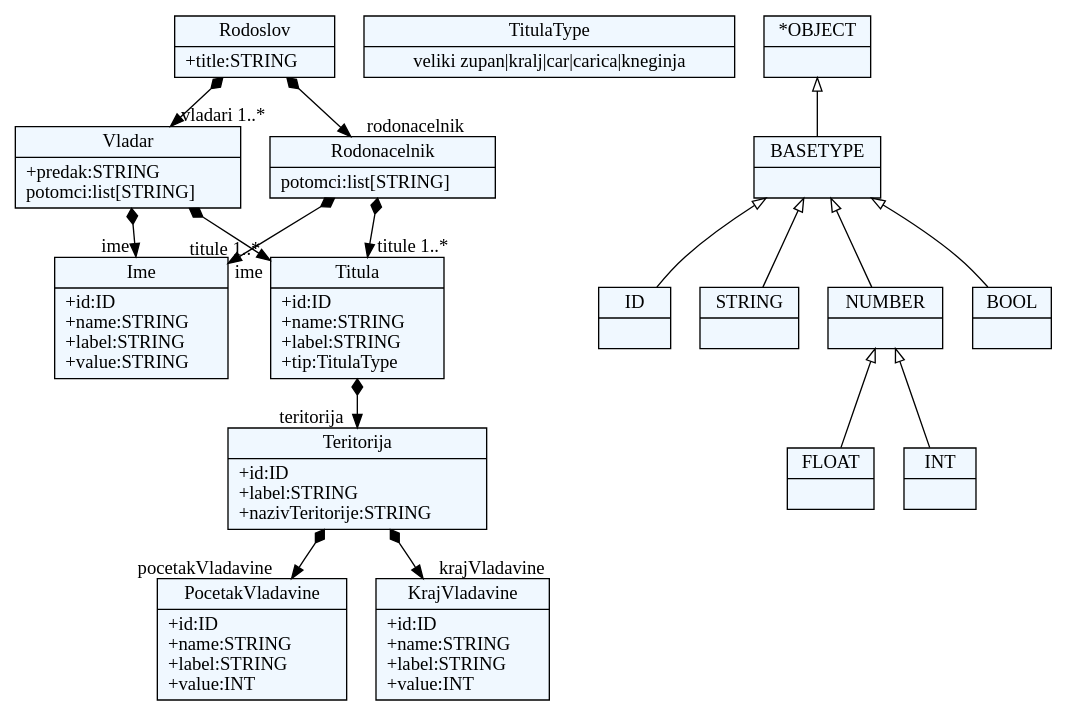
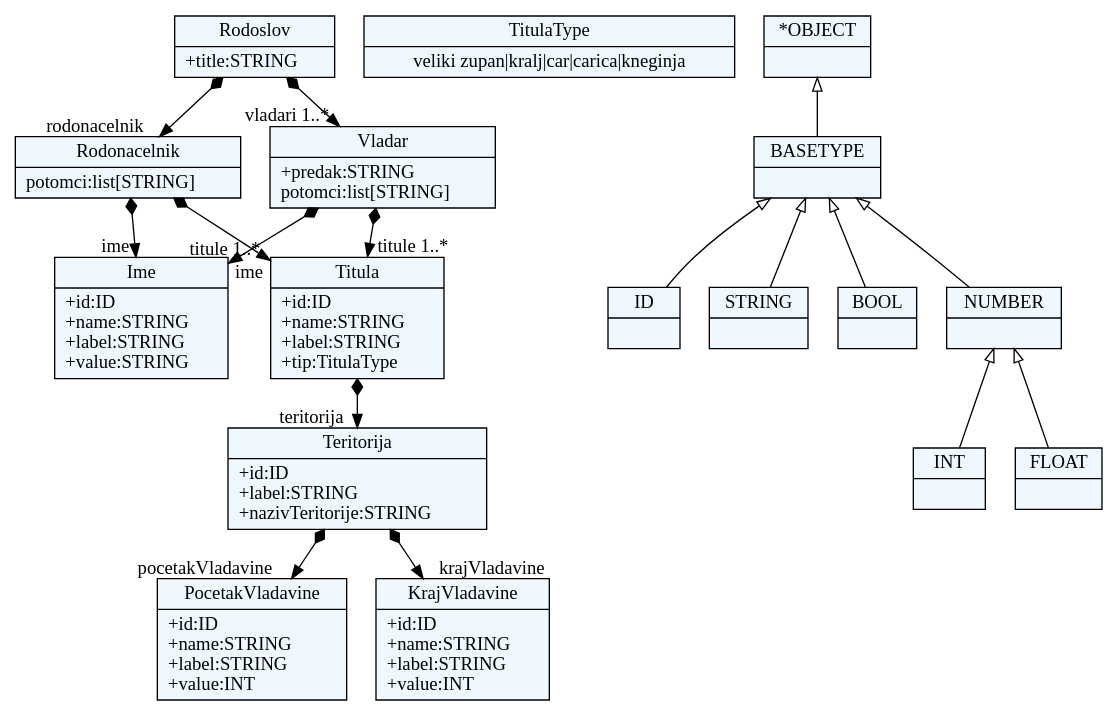
One commit to milenaL9/JSD_2017 changed the diagram in Projekat/forms/forms.dot. Above: the diagram before and after it, drawn with Graphviz. The commit also changed 6 other files, not shown here.

```diff
--- a/Projekat/forms/forms.dot
+++ b/Projekat/forms/forms.dot
@@ -1,65 +1,65 @@
 
     digraph xtext {
     fontname = "Bitstream Vera Sans"
     fontsize = 8
     node[
         shape=record,
         style=filled,
         fillcolor=aliceblue
     ]
     nodesep = 0.3
     edge[dir=black,arrowtail=empty]
 
 
-1790077116600[ label="{Ime|+id:ID\l+name:STRING\l+label:STRING\l+value:STRING\l}"]
+1777556235112 -> 1777556268152[arrowtail=diamond, dir=both, headlabel="ime "]
+1777556235112 -> 1777556250216[arrowtail=diamond, dir=both, headlabel="titule 1..*"]
+1777556235112[ label="{Rodonacelnik|potomci:list[STRING]\l}"]
 
-1790077125096[ label="{TitulaType|veliki zupan\|kralj\|car\|carica\|kneginja}"]
+1777556250216 -> 1777556271928[arrowtail=diamond, dir=both, headlabel="teritorija "]
+1777556250216[ label="{Titula|+id:ID\l+name:STRING\l+label:STRING\l+tip:TitulaType\l}"]
 
-1790077129816[ label="{PocetakVladavine|+id:ID\l+name:STRING\l+label:STRING\l+value:INT\l}"]
+1777556236056 -> 1777556268152[arrowtail=diamond, dir=both, headlabel="ime "]
+1777556236056 -> 1777556250216[arrowtail=diamond, dir=both, headlabel="titule 1..*"]
+1777556236056[ label="{Vladar|+predak:STRING\lpotomci:list[STRING]\l}"]
 
-1790077127928 -> 1790077116600[arrowtail=diamond, dir=both, headlabel="ime "]
-1790077127928 -> 1790077133592[arrowtail=diamond, dir=both, headlabel="titule 1..*"]
-1790077127928[ label="{Vladar|+predak:STRING\lpotomci:list[STRING]\l}"]
+1777556267208[ label="{PocetakVladavine|+id:ID\l+name:STRING\l+label:STRING\l+value:INT\l}"]
 
-1790077133592 -> 1790077128872[arrowtail=diamond, dir=both, headlabel="teritorija "]
-1790077133592[ label="{Titula|+id:ID\l+name:STRING\l+label:STRING\l+tip:TitulaType\l}"]
+1777556275704[ label="{KrajVladavine|+id:ID\l+name:STRING\l+label:STRING\l+value:INT\l}"]
 
-1790077126040[ label="{KrajVladavine|+id:ID\l+name:STRING\l+label:STRING\l+value:INT\l}"]
+1777556264376 -> 1777556235112[arrowtail=diamond, dir=both, headlabel="rodonacelnik "]
+1777556264376 -> 1777556236056[arrowtail=diamond, dir=both, headlabel="vladari 1..*"]
+1777556264376[ label="{Rodoslov|+title:STRING\l}"]
 
-1790077137368 -> 1790077117544[arrowtail=diamond, dir=both, headlabel="rodonacelnik "]
-1790077137368 -> 1790077127928[arrowtail=diamond, dir=both, headlabel="vladari 1..*"]
-1790077137368[ label="{Rodoslov|+title:STRING\l}"]
+1777556268152[ label="{Ime|+id:ID\l+name:STRING\l+label:STRING\l+value:STRING\l}"]
 
-1790077128872 -> 1790077129816[arrowtail=diamond, dir=both, headlabel="pocetakVladavine "]
-1790077128872 -> 1790077126040[arrowtail=diamond, dir=both, headlabel="krajVladavine "]
-1790077128872[ label="{Teritorija|+id:ID\l+label:STRING\l+nazivTeritorije:STRING\l}"]
+1777556237944[ label="{TitulaType|veliki zupan\|kralj\|car\|carica\|kneginja}"]
 
-1790077117544 -> 1790077116600[arrowtail=diamond, dir=both, headlabel="ime "]
-1790077117544 -> 1790077133592[arrowtail=diamond, dir=both, headlabel="titule 1..*"]
-1790077117544[ label="{Rodonacelnik|potomci:list[STRING]\l}"]
+1777556271928 -> 1777556267208[arrowtail=diamond, dir=both, headlabel="pocetakVladavine "]
+1777556271928 -> 1777556275704[arrowtail=diamond, dir=both, headlabel="krajVladavine "]
+1777556271928[ label="{Teritorija|+id:ID\l+label:STRING\l+nazivTeritorije:STRING\l}"]
 
-1790077099608[ label="{ID|}"]
+1777556241720[ label="{ID|}"]
 
-1790077113768[ label="{*OBJECT|}"]
-1790077113768 -> 1790077136424 [dir=back]
+1777556262488[ label="{*OBJECT|}"]
+1777556262488 -> 1777556261544 [dir=back]
 
-1790077090168[ label="{STRING|}"]
+1777556256824[ label="{INT|}"]
 
-1790077136424[ label="{BASETYPE|}"]
-1790077136424 -> 1790077097720 [dir=back]
-1790077136424 -> 1790077100552 [dir=back]
-1790077136424 -> 1790077099608 [dir=back]
-1790077136424 -> 1790077090168 [dir=back]
+1777556252104[ label="{STRING|}"]
 
-1790077097720[ label="{NUMBER|}"]
-1790077097720 -> 1790077096776 [dir=back]
-1790077097720 -> 1790077088280 [dir=back]
+1777556246440[ label="{FLOAT|}"]
 
-1790077088280[ label="{INT|}"]
+1777556248328[ label="{BOOL|}"]
 
-1790077096776[ label="{FLOAT|}"]
+1777556261544[ label="{BASETYPE|}"]
+1777556261544 -> 1777556238888 [dir=back]
+1777556261544 -> 1777556248328 [dir=back]
+1777556261544 -> 1777556241720 [dir=back]
+1777556261544 -> 1777556252104 [dir=back]
 
-1790077100552[ label="{BOOL|}"]
+1777556238888[ label="{NUMBER|}"]
+1777556238888 -> 1777556246440 [dir=back]
+1777556238888 -> 1777556256824 [dir=back]
 
 
 }
```
